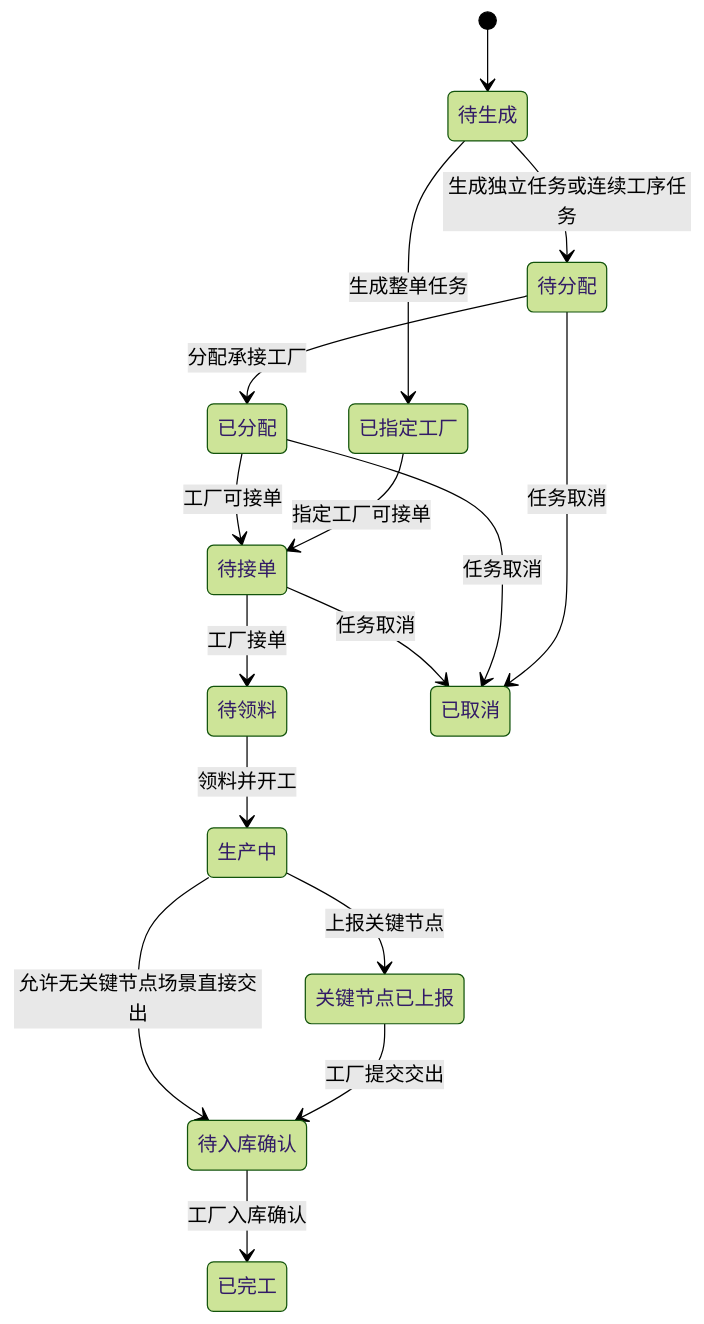
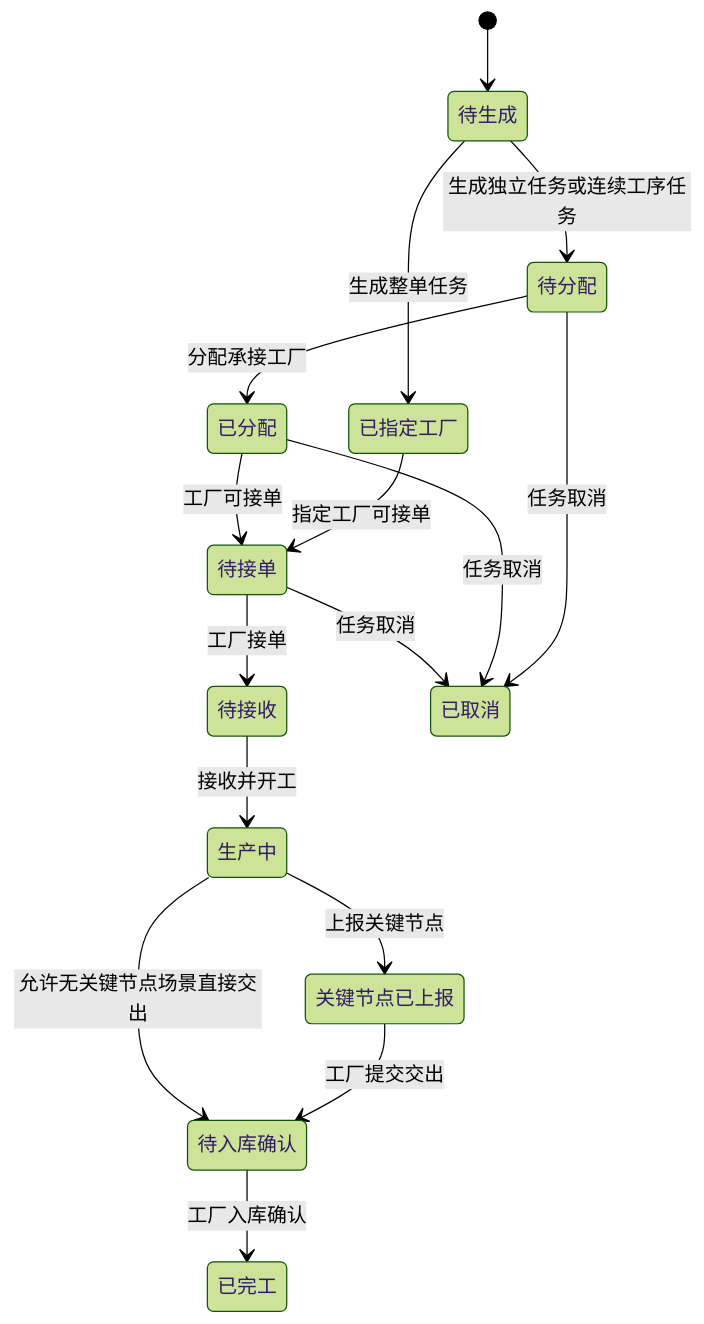
Before and after one commit to laoertongxue/higoods: the fourth of 4 diagrams in docs/superpowers/specs/2026-07-03-whole-order-continuous-task-prd.md, drawn with Mermaid (forest theme). The commit also changed other lines of this file and 312 other files, not shown here.

````diff
--- a/docs/superpowers/specs/2026-07-03-whole-order-continuous-task-prd.md
+++ b/docs/superpowers/specs/2026-07-03-whole-order-continuous-task-prd.md
@@ -450,18 +450,18 @@
 ```mermaid
 stateDiagram-v2
   [*] --> 待生成
   待生成 --> 待分配: 生成独立任务或连续工序任务
   待生成 --> 已指定工厂: 生成整单任务
   待分配 --> 已分配: 分配承接工厂
   已指定工厂 --> 待接单: 指定工厂可接单
   已分配 --> 待接单: 工厂可接单
-  待接单 --> 待领料: 工厂接单
-  待领料 --> 生产中: 领料并开工
+  待接单 --> 待接收: 工厂接单
+  待接收 --> 生产中: 接收并开工
   生产中 --> 关键节点已上报: 上报关键节点
   关键节点已上报 --> 待入库确认: 工厂提交交出
   生产中 --> 待入库确认: 允许无关键节点场景直接交出
   待入库确认 --> 已完工: 工厂入库确认
   待分配 --> 已取消: 任务取消
   已分配 --> 已取消: 任务取消
   待接单 --> 已取消: 任务取消
 ```
````
